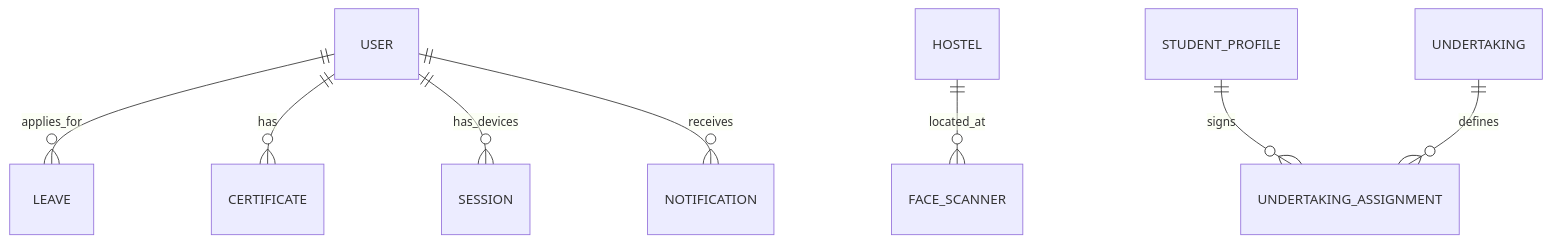
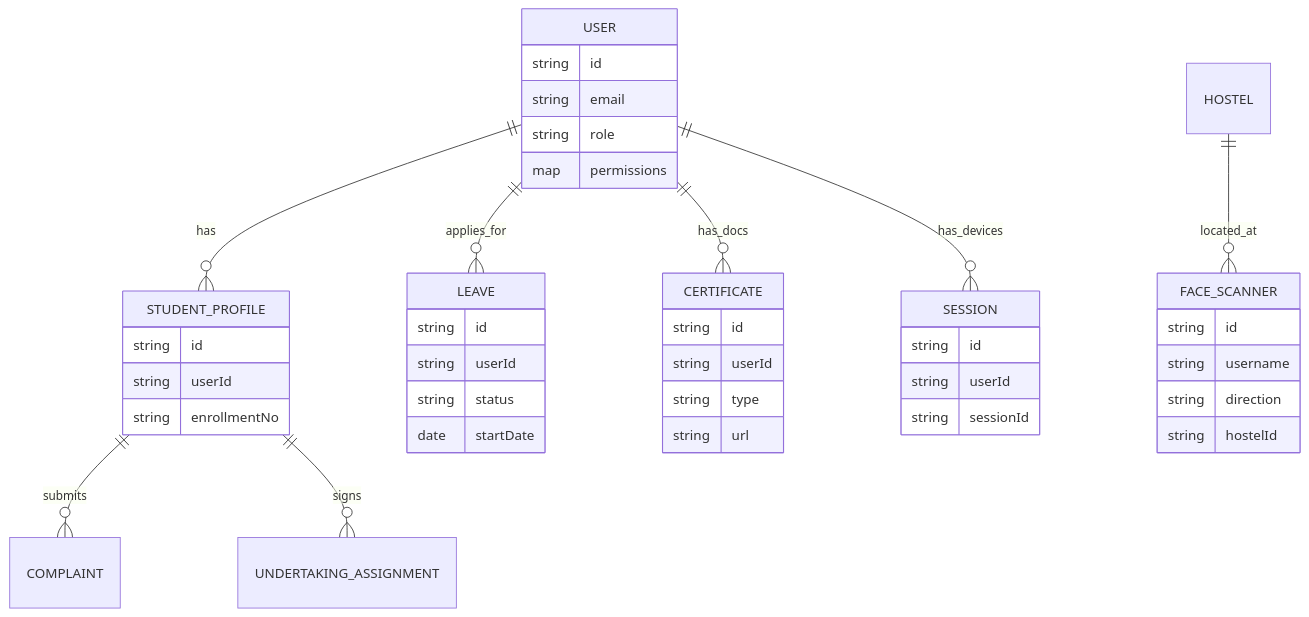
Before and after one commit to thisisdkyadav/hostel-management-system-backend: diagram 20 of 21 in srs.md, drawn with Mermaid. The commit also changed other lines of this file, not shown here.

````diff
--- a/srs.md
+++ b/srs.md
@@ -350,10 +676,50 @@
 ```mermaid
 erDiagram
+  USER {
+    string id
+    string email
+    string role
+    map permissions
+  }
+
+  STUDENT_PROFILE {
+    string id
+    string userId
+    string enrollmentNo
+  }
+
+  LEAVE {
+    string id
+    string userId
+    string status
+    date startDate
+  }
+
+  CERTIFICATE {
+    string id
+    string userId
+    string type
+    string url
+  }
+
+  FACE_SCANNER {
+    string id
+    string username
+    string direction
+    string hostelId
+  }
+
+  SESSION {
+    string id
+    string userId
+    string sessionId
+  }
+
+  USER ||--o{ STUDENT_PROFILE : has
   USER ||--o{ LEAVE : applies_for
-  USER ||--o{ CERTIFICATE : has
+  USER ||--o{ CERTIFICATE : has_docs
   USER ||--o{ SESSION : has_devices
   HOSTEL ||--o{ FACE_SCANNER : located_at
+  STUDENT_PROFILE ||--o{ COMPLAINT : submits
   STUDENT_PROFILE ||--o{ UNDERTAKING_ASSIGNMENT : signs
-  UNDERTAKING ||--o{ UNDERTAKING_ASSIGNMENT : defines
-  USER ||--o{ NOTIFICATION : receives
 ```
````
